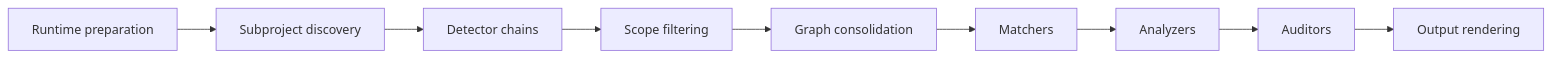
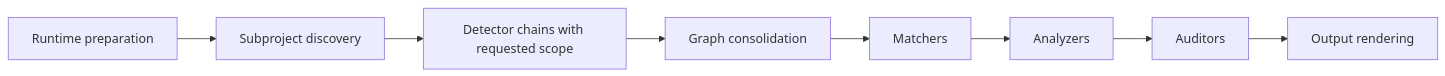
One commit to bomly-dev/bomly-cli changed the second of 3 diagrams in docs/ARCHITECTURE.md. Above: the diagram before and after it, drawn with Mermaid. The commit also changed other lines of this file and 31 other files, not shown here.

First line of the commit message:
Move scope filtering into detection (#119)

````diff
--- a/docs/ARCHITECTURE.md
+++ b/docs/ARCHITECTURE.md
@@ -50,14 +50,13 @@
 ```mermaid
 flowchart LR
     A[Runtime preparation]
     B[Subproject discovery]
-    C[Detector chains]
-    D[Scope filtering]
+    C[Detector chains with requested scope]
     E[Graph consolidation]
     F[Matchers]
     F2[Analyzers]
     G[Auditors]
     H[Output rendering]
 
-    A --> B --> C --> D --> E --> F --> F2 --> G --> H
+    A --> B --> C --> E --> F --> F2 --> G --> H
 ```
````
